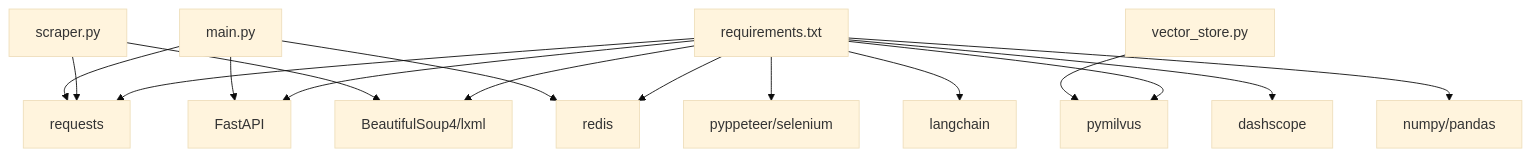
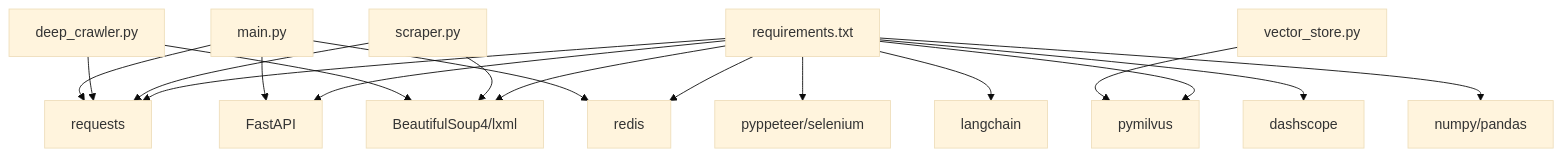
The sixth of 6 diagrams in .qoder/repowiki/zh/content/开发指南/扩展点与插件/爬虫模块扩展/爬虫模块扩展.md (ghbbn053-ship-itsoulddog/soulddog), drawn with Mermaid (base theme) before and after one commit. The commit also changed other lines of this file and 47 other files, not shown here.

````diff
--- a/.qoder/repowiki/zh/content/开发指南/扩展点与插件/爬虫模块扩展/爬虫模块扩展.md
+++ b/.qoder/repowiki/zh/content/开发指南/扩展点与插件/爬虫模块扩展/爬虫模块扩展.md
@@ -657,20 +1081,22 @@
 ```mermaid
 graph TB
 REQ["requirements.txt"]
 FAST["FastAPI"]
 REQ --> FAST
 REQ --> RQ["requests"]
 REQ --> BS["BeautifulSoup4/lxml"]
 REQ --> SELENIUM["pyppeteer/selenium"]
 REQ --> REDIS["redis"]
 REQ --> MILVUS["pymilvus"]
 REQ --> LANGCHAIN["langchain"]
 REQ --> DASH["dashscope"]
 REQ --> NUM["numpy/pandas"]
 SCR["scraper.py"] --> RQ
 SCR --> BS
+DEEP["deep_crawler.py"] --> RQ
+DEEP --> BS
 API["main.py"] --> FAST
 API --> RQ
 API --> REDIS
 VEC["vector_store.py"] --> MILVUS
 ```
````
